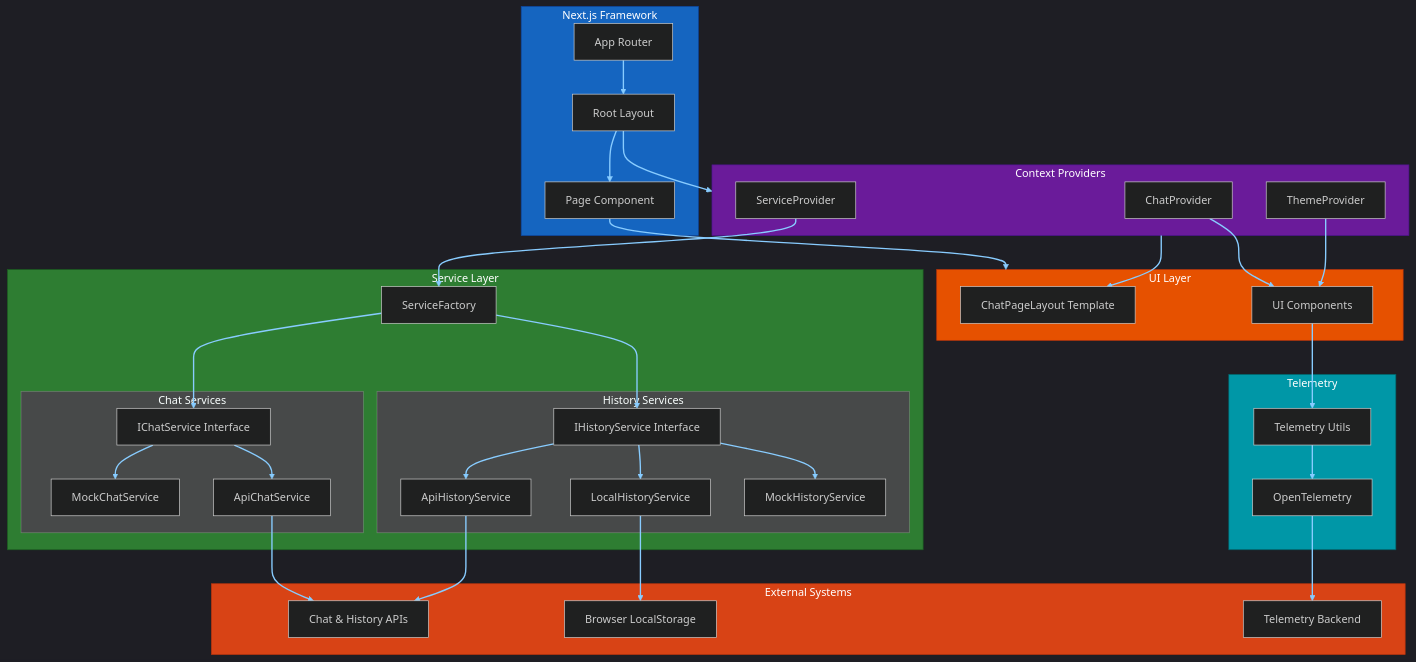
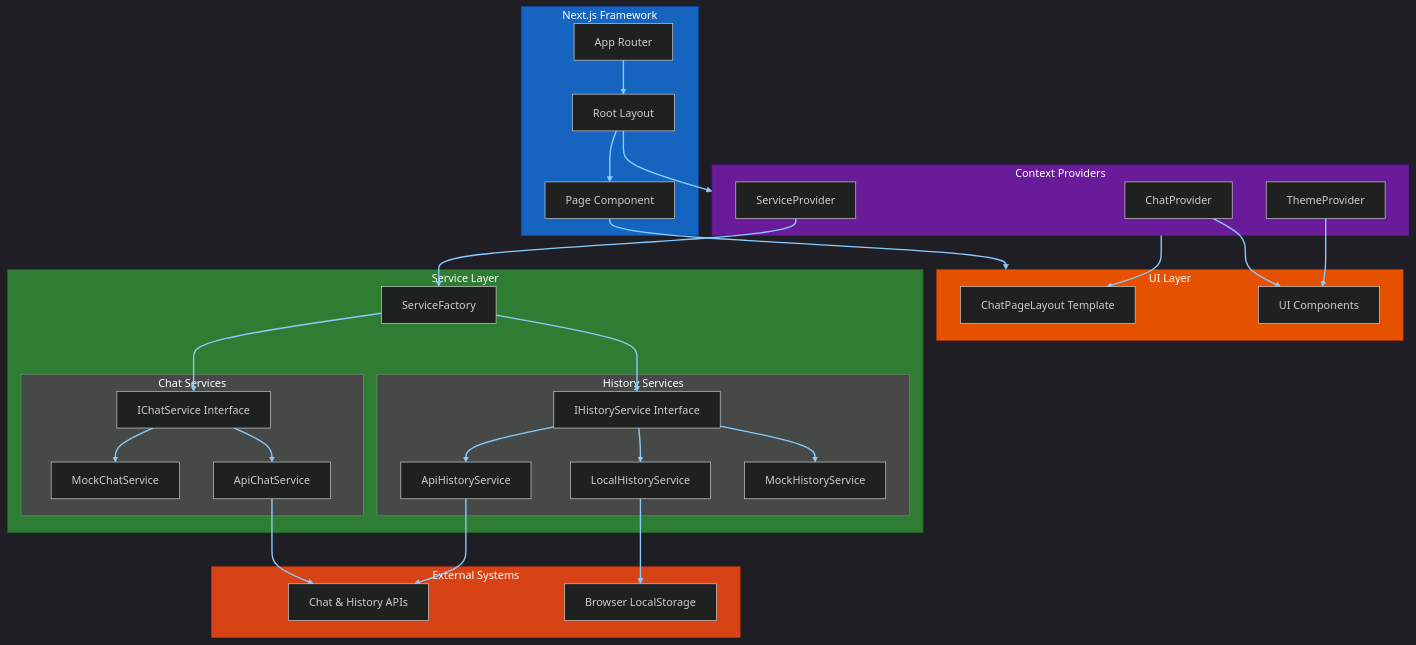
Before and after one commit to ChrisMcKee1/ChatUI: the diagram in docs/architecture/application-architecture.md, drawn with Mermaid. The commit also changed other lines of this file and 29 other files, not shown here.

````diff
--- a/docs/architecture/application-architecture.md
+++ b/docs/architecture/application-architecture.md
@@ -39,15 +39,9 @@
         end
     end
     
-    subgraph Telemetry["Telemetry"]
-        OpenTel[OpenTelemetry]
-        TelUtils[Telemetry Utils]
-    end
-    
     subgraph External_Systems["External Systems"]
         APIs[Chat & History APIs]
         LocalStorage[Browser LocalStorage]
-        TelBackend[Telemetry Backend]
     end
     
     App --> Layout
@@ -75,16 +69,11 @@
     AHS --> APIs
     LHS --> LocalStorage
     
-    Components --> TelUtils
-    TelUtils --> OpenTel
-    OpenTel --> TelBackend
-    
     style Next_Framework fill:#1565c0,stroke:#0d47a1,color:#ffffff
     style Context_Providers fill:#6a1b9a,stroke:#4a148c,color:#ffffff
     style UI_Layer fill:#e65100,stroke:#bf360c,color:#ffffff
     style Service_Layer fill:#2e7d32,stroke:#1b5e20,color:#ffffff
     style External_Systems fill:#d84315,stroke:#bf360c,color:#ffffff
-    style Telemetry fill:#0097a7,stroke:#006064,color:#ffffff
     
     linkStyle default stroke:#88ccff,stroke-width:2px
 ``` 
````
